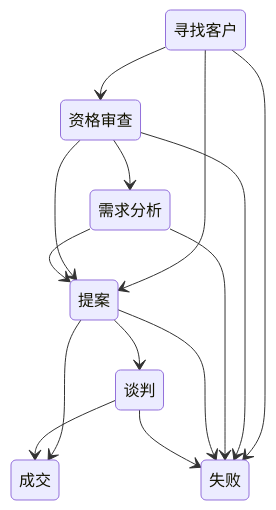
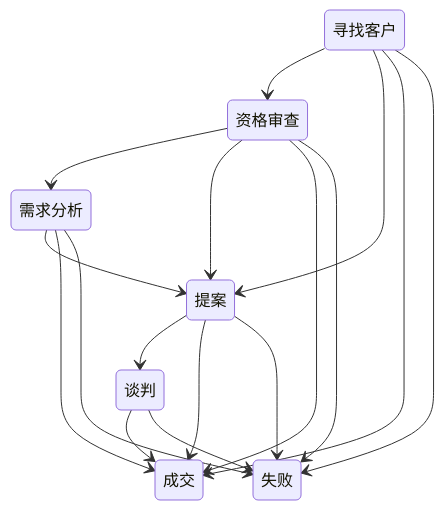
One commit to objectstack-ai/hotcrm changed the diagram in src/docs/crm_sales_opportunities.zh.md. Above: the diagram before and after it, drawn with Mermaid. The commit also changed other lines of this file and 10 other files, not shown here.

````diff
--- a/src/docs/crm_sales_opportunities.zh.md
+++ b/src/docs/crm_sales_opportunities.zh.md
@@ -14,23 +14,26 @@
 ```mermaid
 stateDiagram-v2
   state "寻找客户" as prospecting
   state "资格审查" as qualification
   state "需求分析" as needs_analysis
   state "提案" as proposal
   state "谈判" as negotiation
   state "成交" as closed_won
   state "失败" as closed_lost
   prospecting --> qualification
   prospecting --> proposal
+  prospecting --> closed_won
   prospecting --> closed_lost
   qualification --> needs_analysis
   qualification --> proposal
+  qualification --> closed_won
   qualification --> closed_lost
   needs_analysis --> proposal
+  needs_analysis --> closed_won
   needs_analysis --> closed_lost
   proposal --> negotiation
   proposal --> closed_won
   proposal --> closed_lost
   negotiation --> closed_won
   negotiation --> closed_lost
 ```
````
